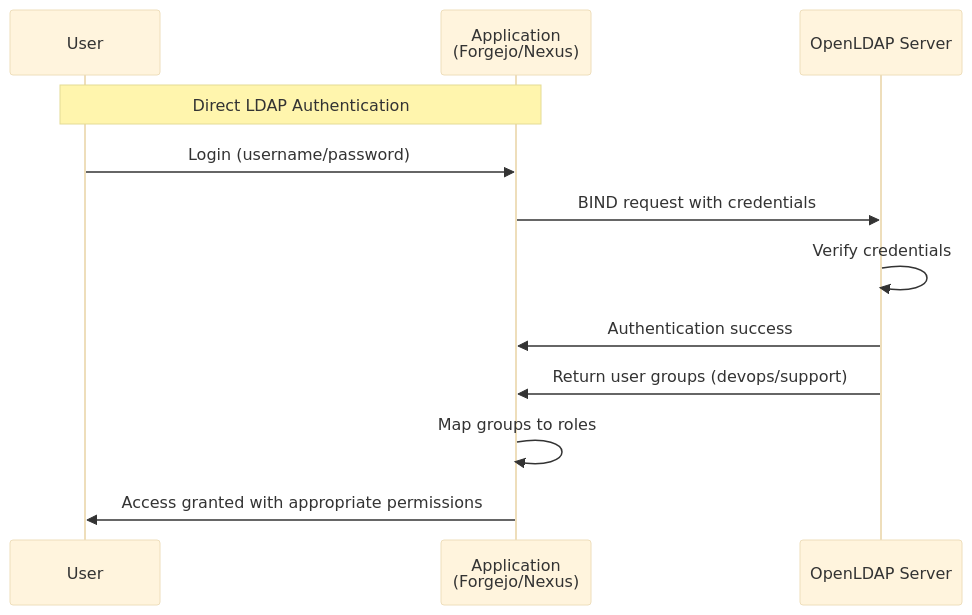
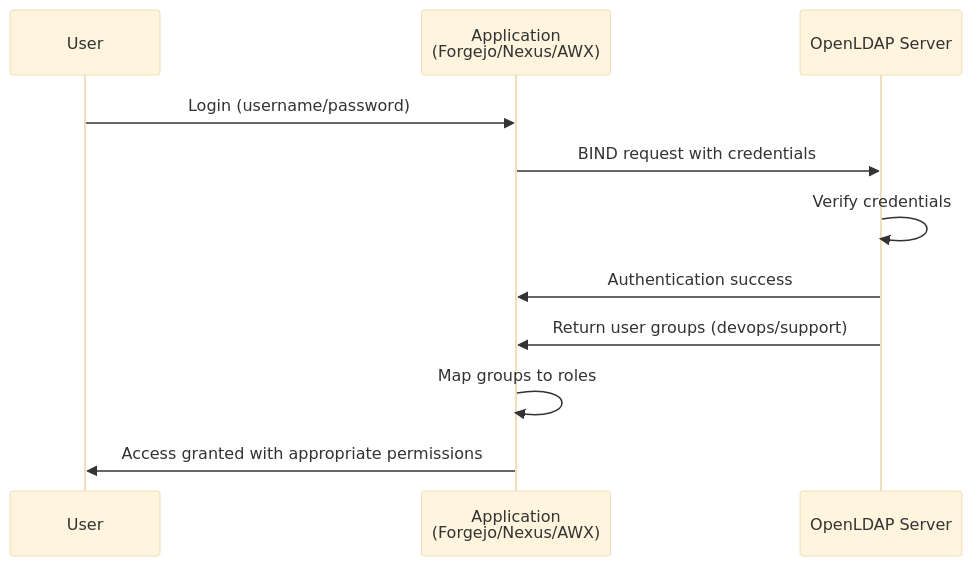
One commit to Saske912/presentation changed the sixth of 13 diagrams in slides.md. Above: the diagram before and after it, drawn with Mermaid (base theme). The commit also changed other lines of this file and 5 other files, not shown here.

````diff
--- a/slides.md
+++ b/slides.md
@@ -439,15 +556,14 @@
 ```mermaid
 sequenceDiagram
     participant User as User
-    participant App as Application<br/>(Forgejo/Nexus)
+    participant App as Application<br/>(Forgejo/Nexus/AWX)
     participant LDAP as OpenLDAP Server
     
-    Note over User,App: Direct LDAP Authentication
     User->>App: Login (username/password)
     App->>LDAP: BIND request with credentials
     LDAP->>LDAP: Verify credentials
     LDAP->>App: Authentication success
     LDAP->>App: Return user groups (devops/support)
     App->>App: Map groups to roles
     App->>User: Access granted with appropriate permissions
 ```
````
